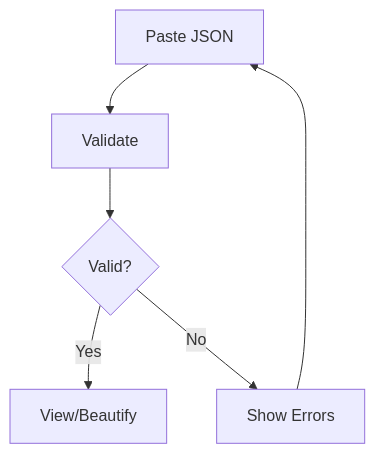
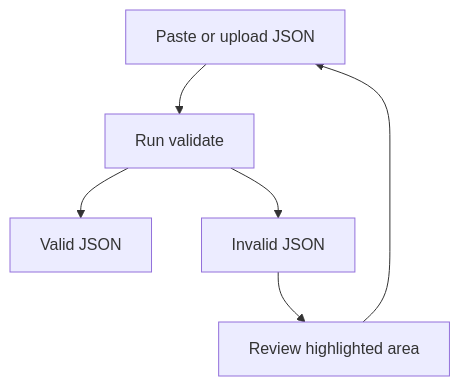
Before and after one commit to documentation-ai-managed/docs-aiyt-documentation: the diagram in guide.mdx, drawn with Mermaid. The commit also changed other lines of this file and 6 other files, not shown here.

````diff
--- a/guide.mdx
+++ b/guide.mdx
@@ -72,8 +113,8 @@
 ```mermaid
 graph TD
-    A[Paste JSON] --> B[Validate]
-    B --> C{Valid?}
-    C -->|Yes| D[View/Beautify]
-    C -->|No| E[Show Errors]
-    E --> A
+  A[Paste or upload JSON] --> B[Run validate]
+  B --> C[Valid JSON]
+  B --> D[Invalid JSON]
+  D --> E[Review highlighted area]
+  E --> A
 ```
````
